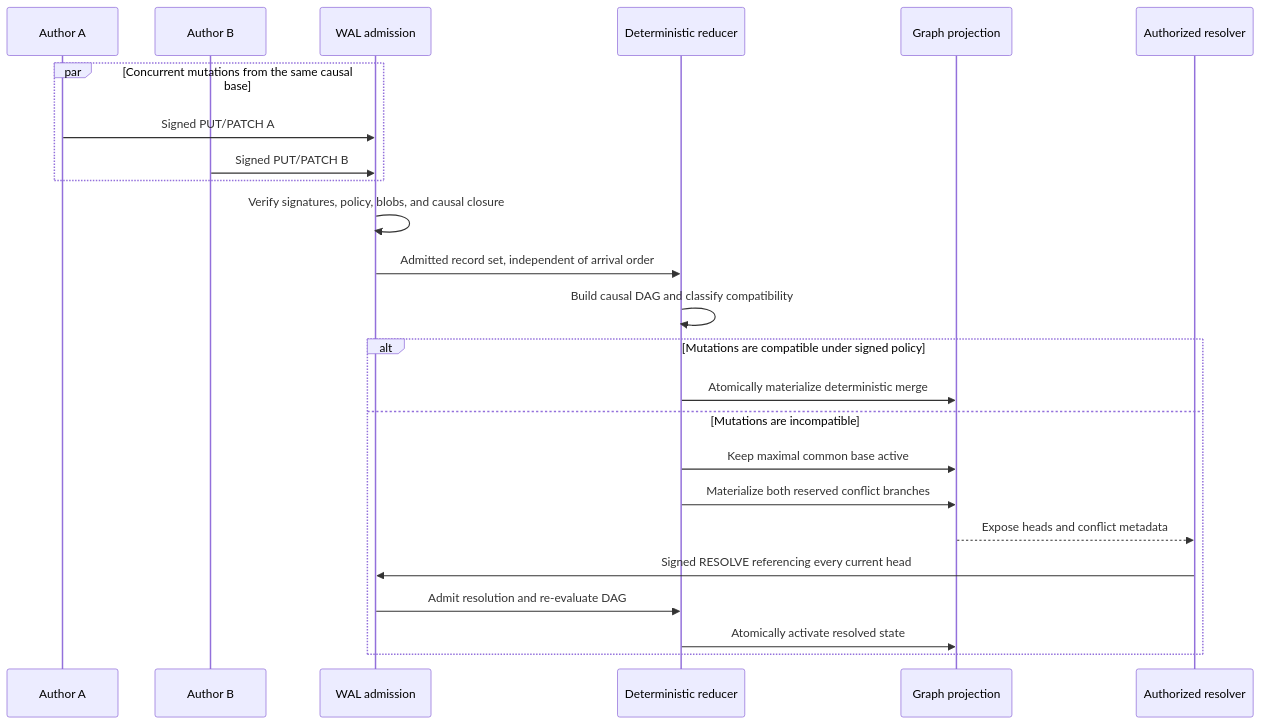
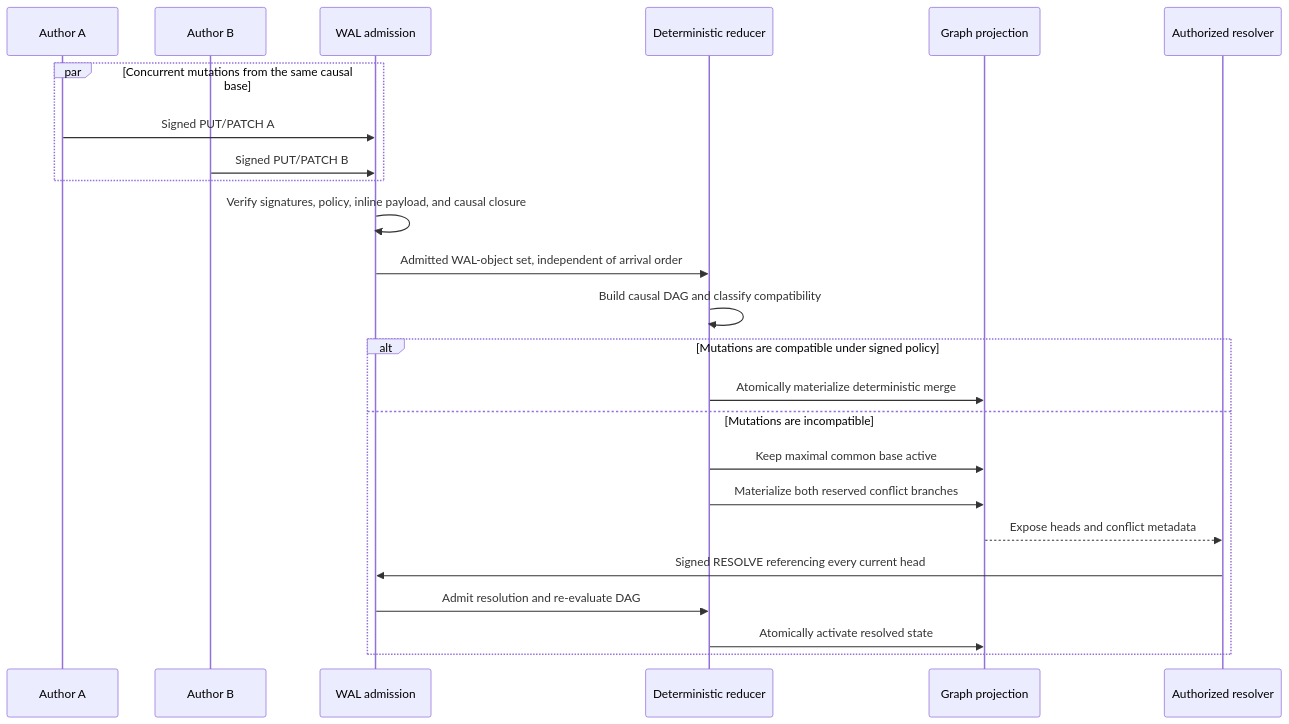
The fourth of 7 diagrams in docs/active-now/wal-parallel-protocol-task-pack/OT-RFC-65-wal-byte-set-reconciliation-sync.md (OriginTrail/dkg), drawn with Mermaid before and after one commit. The commit also changed other lines of this file and 4 other files, not shown here.

````diff
--- a/docs/active-now/wal-parallel-protocol-task-pack/OT-RFC-65-wal-byte-set-reconciliation-sync.md
+++ b/docs/active-now/wal-parallel-protocol-task-pack/OT-RFC-65-wal-byte-set-reconciliation-sync.md
@@ -834,27 +1025,27 @@
 ```mermaid
 sequenceDiagram
     participant A as Author A
     participant B as Author B
     participant W as WAL admission
     participant R as Deterministic reducer
     participant G as Graph projection
     participant X as Authorized resolver
 
     par Concurrent mutations from the same causal base
         A->>W: Signed PUT/PATCH A
         B->>W: Signed PUT/PATCH B
     end
-    W->>W: Verify signatures, policy, blobs, and causal closure
-    W->>R: Admitted record set, independent of arrival order
+    W->>W: Verify signatures, policy, inline payload, and causal closure
+    W->>R: Admitted WAL-object set, independent of arrival order
     R->>R: Build causal DAG and classify compatibility
     alt Mutations are compatible under signed policy
         R->>G: Atomically materialize deterministic merge
     else Mutations are incompatible
         R->>G: Keep maximal common base active
         R->>G: Materialize both reserved conflict branches
         G-->>X: Expose heads and conflict metadata
         X->>W: Signed RESOLVE referencing every current head
         W->>R: Admit resolution and re-evaluate DAG
         R->>G: Atomically activate resolved state
     end
 ```
````
